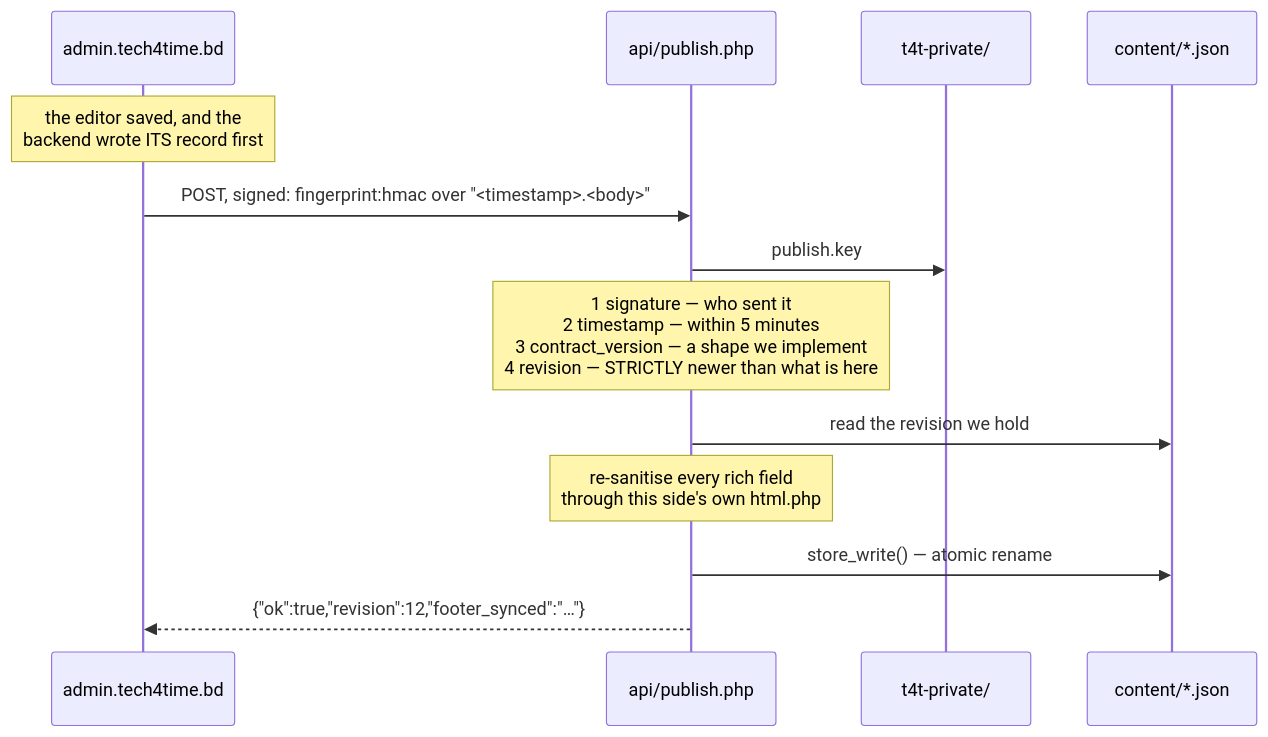
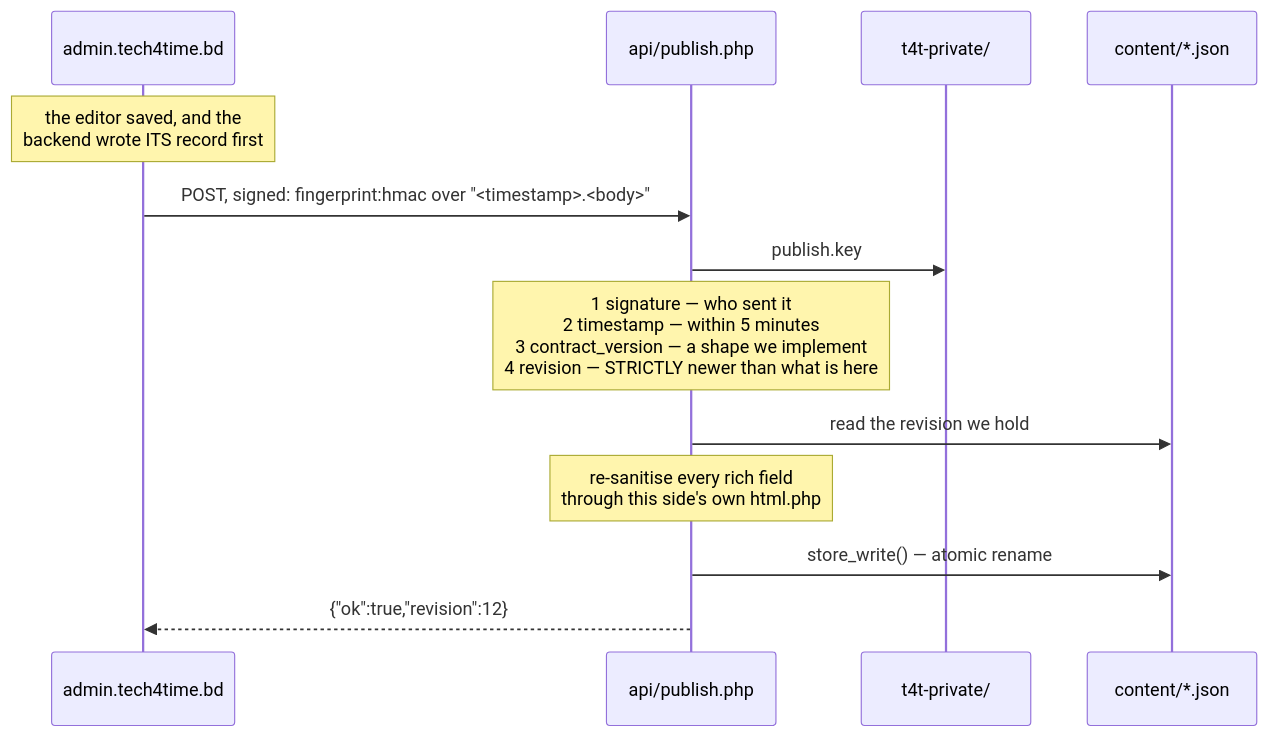
One commit to M-s-Tech4TIME/tech4time-website changed the second of 3 diagrams in docs/00-orientation/architecture.md. Above: the diagram before and after it, drawn with Mermaid. The commit also changed 63 other files, not shown here.

````diff
--- a/docs/00-orientation/architecture.md
+++ b/docs/00-orientation/architecture.md
@@ -121,16 +121,16 @@
 ```mermaid
 sequenceDiagram
     participant BE as admin.tech4time.bd
     participant A as api/publish.php
     participant P as t4t-private/
     participant C as content/*.json
 
     Note over BE: the editor saved, and the<br/>backend wrote ITS record first
     BE->>A: POST, signed: fingerprint:hmac over "<timestamp>.<body>"
     A->>P: publish.key
     Note over A: 1 signature — who sent it<br/>2 timestamp — within 5 minutes<br/>3 contract_version — a shape we implement<br/>4 revision — STRICTLY newer than what is here
     A->>C: read the revision we hold
     Note over A: re-sanitise every rich field<br/>through this side's own html.php
     A->>C: store_write() — atomic rename
-    A-->>BE: {"ok":true,"revision":12,"footer_synced":"…"}
+    A-->>BE: {"ok":true,"revision":12}
 ```
````
